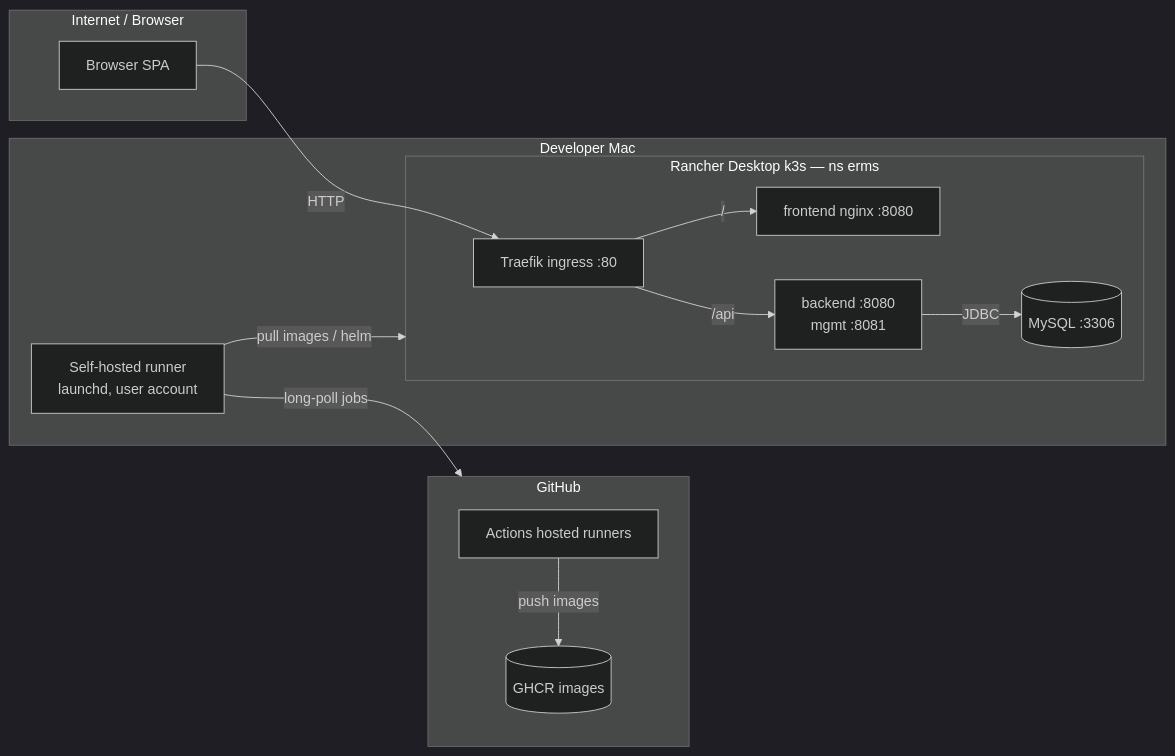
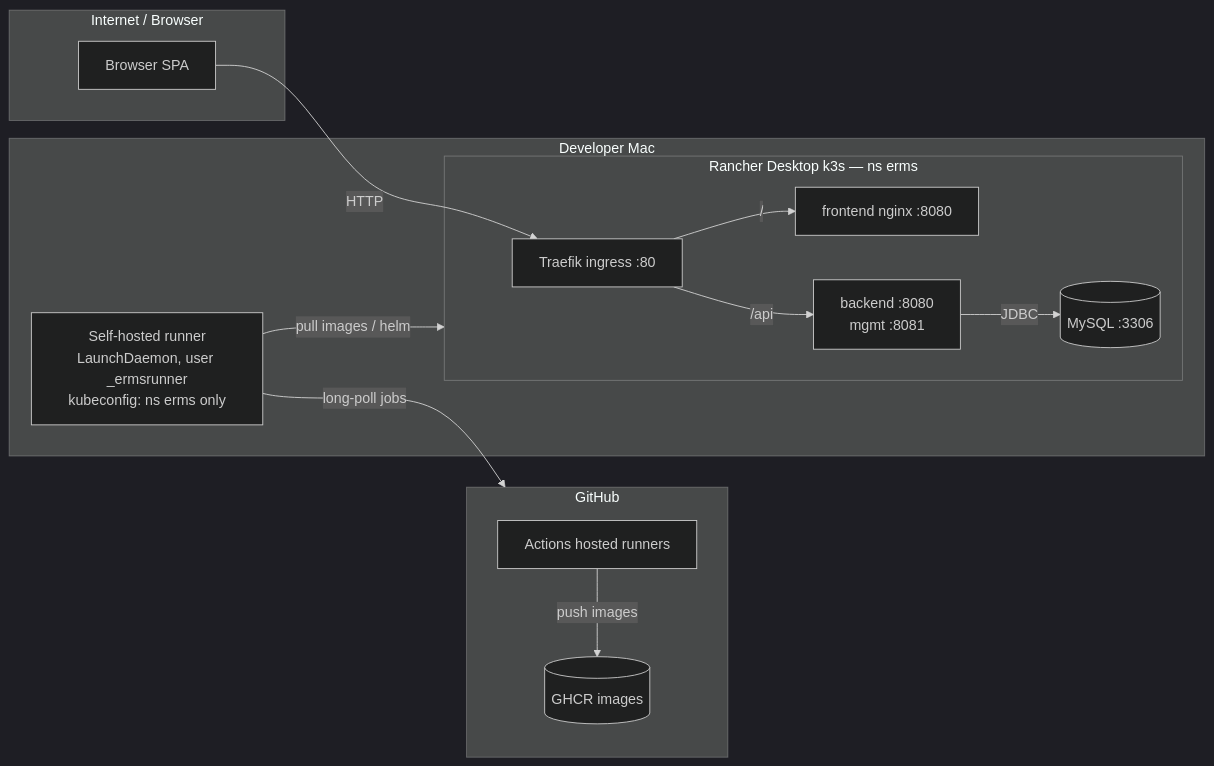
Before and after one commit to manojis/CriticalUtilityResponseService: the diagram in docs/SECURITY.md, drawn with Mermaid (dark theme). The commit also changed other lines of this file and 13 other files, not shown here.

First line of the commit message:
ci: isolate the self-hosted runner and require owner approval for deploys (#16)

````diff
--- a/docs/SECURITY.md
+++ b/docs/SECURITY.md
@@ -14,26 +14,26 @@
 ```mermaid
 flowchart LR
     subgraph IB["Internet / Browser"]
         B[Browser SPA]
     end
     subgraph GitHub
         GH[Actions hosted runners]
         GHCR[(GHCR images)]
     end
     subgraph Mac["Developer Mac"]
-        R[Self-hosted runner<br/>launchd, user account]
+        R[Self-hosted runner<br/>LaunchDaemon, user _ermsrunner<br/>kubeconfig: ns erms only]
         subgraph K3s["Rancher Desktop k3s — ns erms"]
             T[Traefik ingress :80]
             F[frontend nginx :8080]
             A[backend :8080<br/>mgmt :8081]
             M[(MySQL :3306)]
         end
     end
     B -- HTTP --> T
     T -- / --> F
     T -- /api --> A
     A -- JDBC --> M
     GH -- push images --> GHCR
     R -- pull images / helm --> K3s
     R -- long-poll jobs --> GitHub
 ```
````
